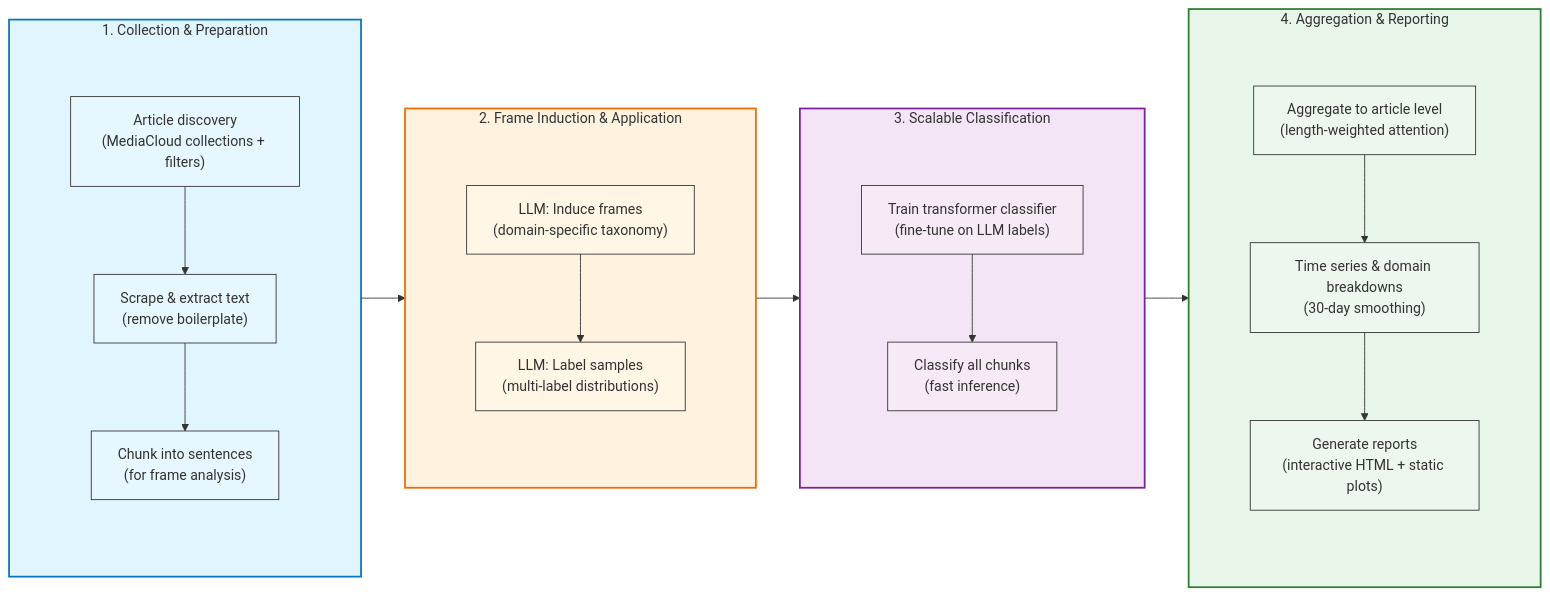
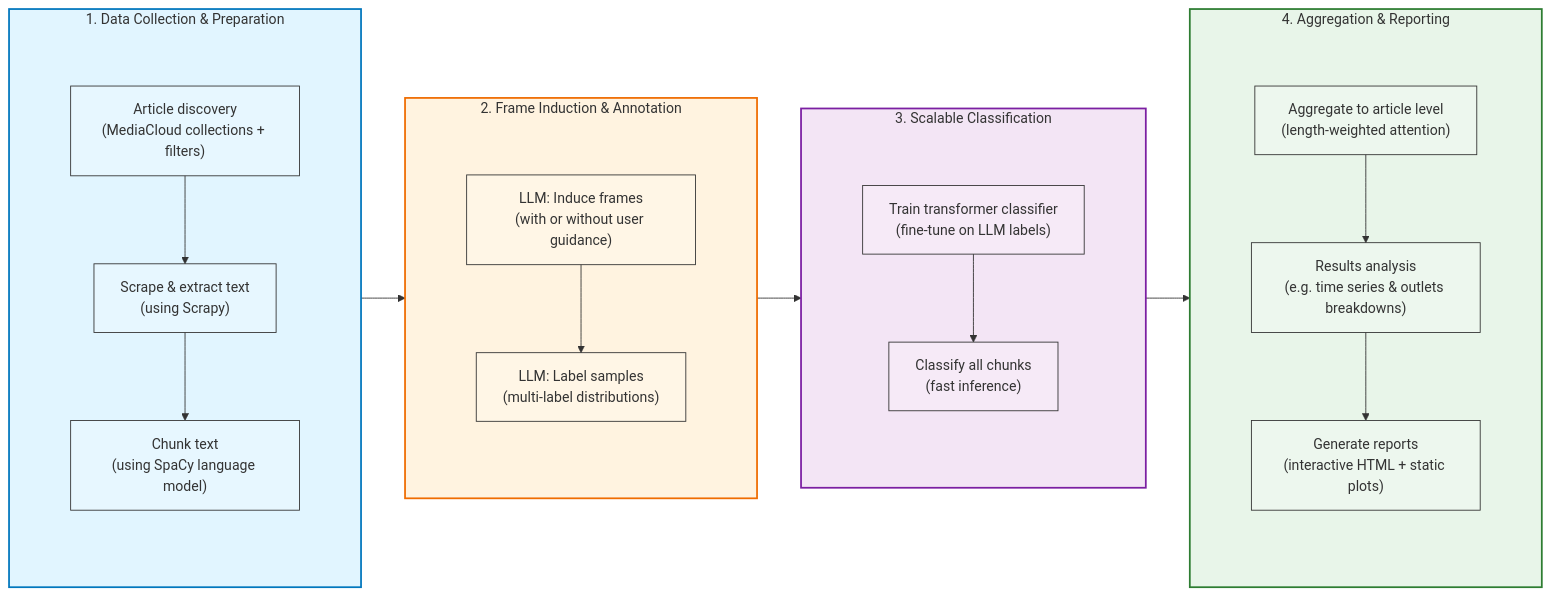
Before and after one commit to hubert-thieriot/effective-advocacy-project: the diagram in docs/posts/narrative_framing.md, drawn with Mermaid. The commit also changed other lines of this file and 2 other files, not shown here.

````diff
--- a/docs/posts/narrative_framing.md
+++ b/docs/posts/narrative_framing.md
@@ -151,71 +195,71 @@
 ```mermaid
 flowchart LR
-    subgraph Collection["1. Collection & Preparation"]
+    subgraph Collection["1. Data Collection & Preparation"]
         direction TB
         subgraph CollectionSub[ ]
         direction TB
         A["Article discovery<br/>(MediaCloud collections + filters)"] 
-        A2["Scrape & extract text<br/>(remove boilerplate)"]
-        B["Chunk into sentences<br/>(for frame analysis)"]
+        A2["Scrape & extract text<br/>(using Scrapy)"]
+        B["Chunk text<br/>(using SpaCy language model)"]
         A --> A2 --> B
         end
     end
     
-    subgraph Discovery["2. Frame Induction & Application"]
+    subgraph Discovery["2. Frame Induction & Annotation"]
         direction TB
         subgraph DiscoverySub[ ]
         direction TB
-        C["LLM: Induce frames<br/>(domain-specific taxonomy)"]
+        C["LLM: Induce frames<br/>(with or without user guidance)"]
         D["LLM: Label samples<br/>(multi-label distributions)"]
         C --> D
         end
     end
     
     
 
     subgraph Classification["3. Scalable Classification"]
         direction TB
         subgraph ClassificationSub[ ]
         direction TB
         E["Train transformer classifier<br/>(fine-tune on LLM labels)"]
         F["Classify all chunks<br/>(fast inference)"]
         E --> F
         end
     end
     
     subgraph Analysis["4. Aggregation & Reporting"]
         direction TB
         subgraph AnalysisSub[ ]
         direction TB
         G["Aggregate to article level<br/>(length-weighted attention)"]
-        H["Time series & domain breakdowns<br/>(30-day smoothing)"]
+        H["Results analysis<br/>(e.g. time series & outlets breakdowns)"]
         I["Generate reports<br/>(interactive HTML + static plots)"]
         G --> H --> I
         end
     end
     
     Collection --> Discovery
     Discovery --> Classification
     Classification --> Analysis
     
     classDef nodeBox fill:#ffffff33,stroke:#333,stroke-width:1px
     classDef somePaddingClass padding-bottom:5em
     classDef transparent fill:#ffffff00,stroke-width:0
     
     Collection:::somePaddingClass
     CollectionSub:::transparent
     Discovery:::somePaddingClass
     DiscoverySub:::transparent
     Classification:::somePaddingClass
     ClassificationSub:::transparent
     Analysis:::somePaddingClass
     AnalysisSub:::transparent
 
     
     class A,A2,B,C,D,E,F,G,H,I nodeBox
     style Collection fill:#e1f5ff,stroke:#0277bd,stroke-width:2px
     style Discovery fill:#fff3e0,stroke:#ef6c00,stroke-width:2px
     style Classification fill:#f3e5f5,stroke:#7b1fa2,stroke-width:2px
     style Analysis fill:#e8f5e9,stroke:#2e7d32,stroke-width:2px
     
 ```
````
